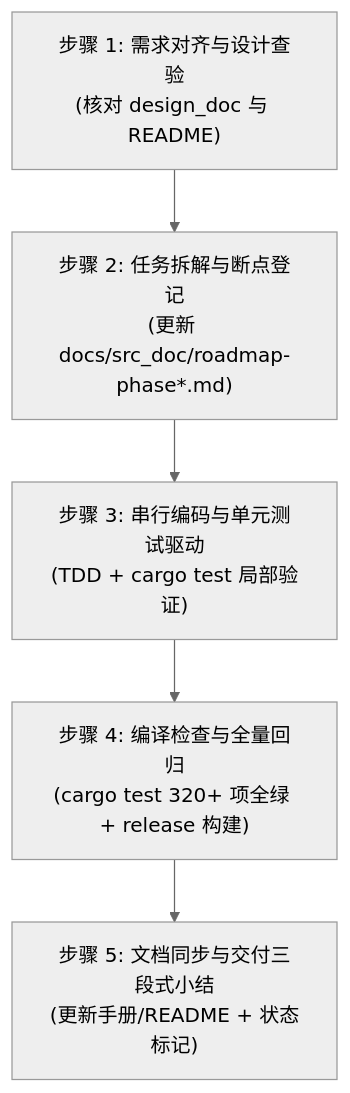
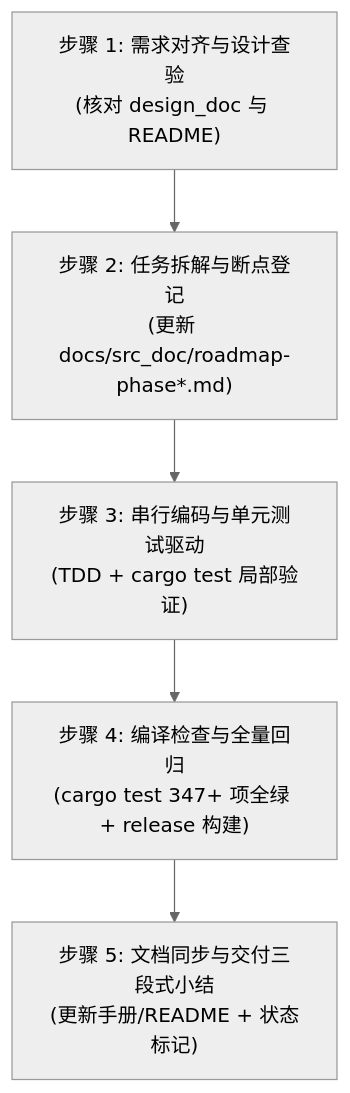
The diagram in skills/agent-body-developer/SKILL.md (digoal/agent-body), drawn with Mermaid (neutral theme) before and after one commit. The commit also changed other lines of this file and 30 other files, not shown here.

````diff
--- a/skills/agent-body-developer/SKILL.md
+++ b/skills/agent-body-developer/SKILL.md
@@ -107,7 +107,7 @@
 ```mermaid
 flowchart TD
     A["步骤 1: 需求对齐与设计查验<br/>(核对 design_doc 与 README)"] --> B["步骤 2: 任务拆解与断点登记<br/>(更新 docs/src_doc/roadmap-phase*.md)"]
     B --> C["步骤 3: 串行编码与单元测试驱动<br/>(TDD + cargo test 局部验证)"]
-    C --> D["步骤 4: 编译检查与全量回归<br/>(cargo test 320+ 项全绿 + release 构建)"]
+    C --> D["步骤 4: 编译检查与全量回归<br/>(cargo test 347+ 项全绿 + release 构建)"]
     D --> E["步骤 5: 文档同步与交付三段式小结<br/>(更新手册/README + 状态标记)"]
 ```
````
